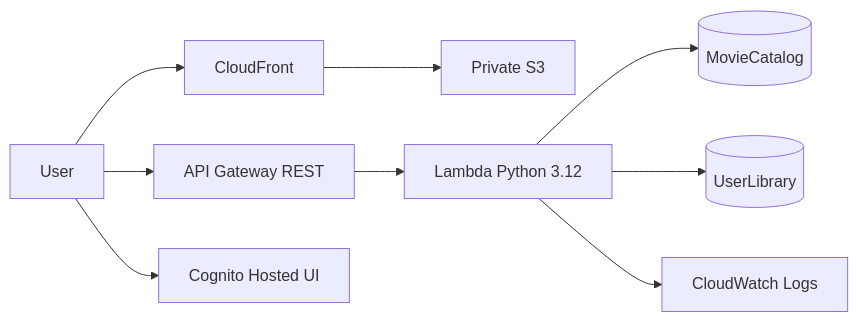
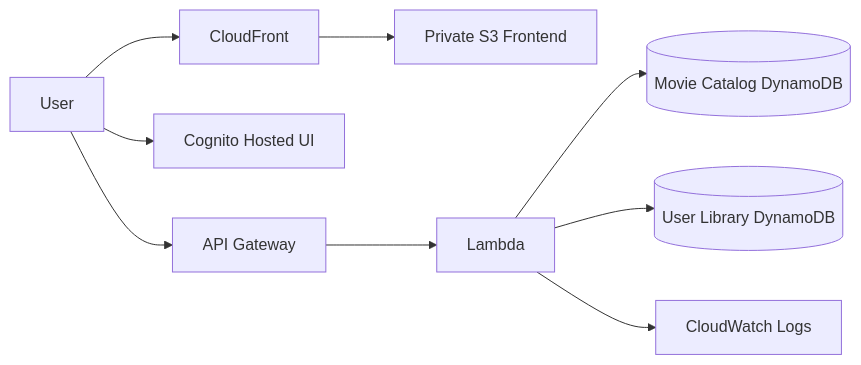
Before and after one commit to Ibad84671/cineverse-serverless-app: the diagram in README.md, drawn with Mermaid. The commit also changed other lines of this file, not shown here.

````diff
--- a/README.md
+++ b/README.md
@@ -32,11 +27,11 @@
 ```mermaid
 flowchart LR
     U[User] --> CF[CloudFront]
-    CF --> S3[Private S3]
-    U --> API[API Gateway REST]
-    API --> L[Lambda Python 3.12]
-    L --> M[(MovieCatalog)]
-    L --> W[(UserLibrary)]
+    CF --> S3[Private S3 Frontend]
     U --> C[Cognito Hosted UI]
+    U --> API[API Gateway]
+    API --> L[Lambda]
+    L --> M[(Movie Catalog DynamoDB)]
+    L --> W[(User Library DynamoDB)]
     L --> CW[CloudWatch Logs]
 ```
````
